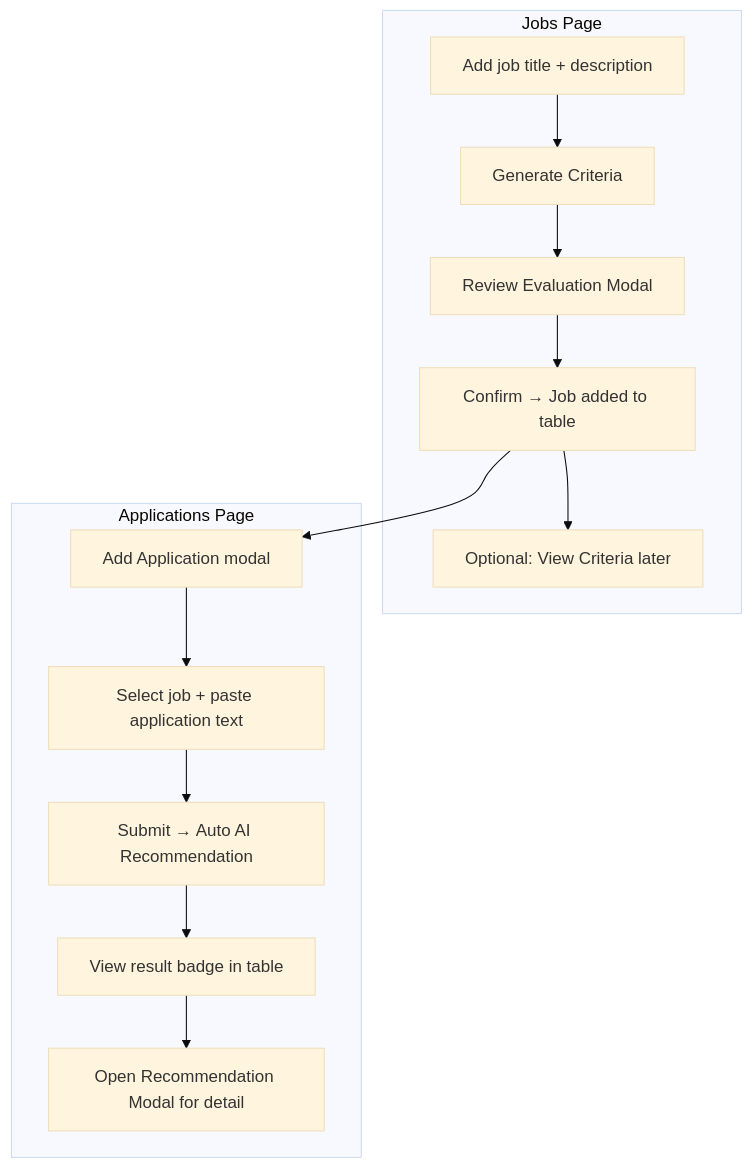
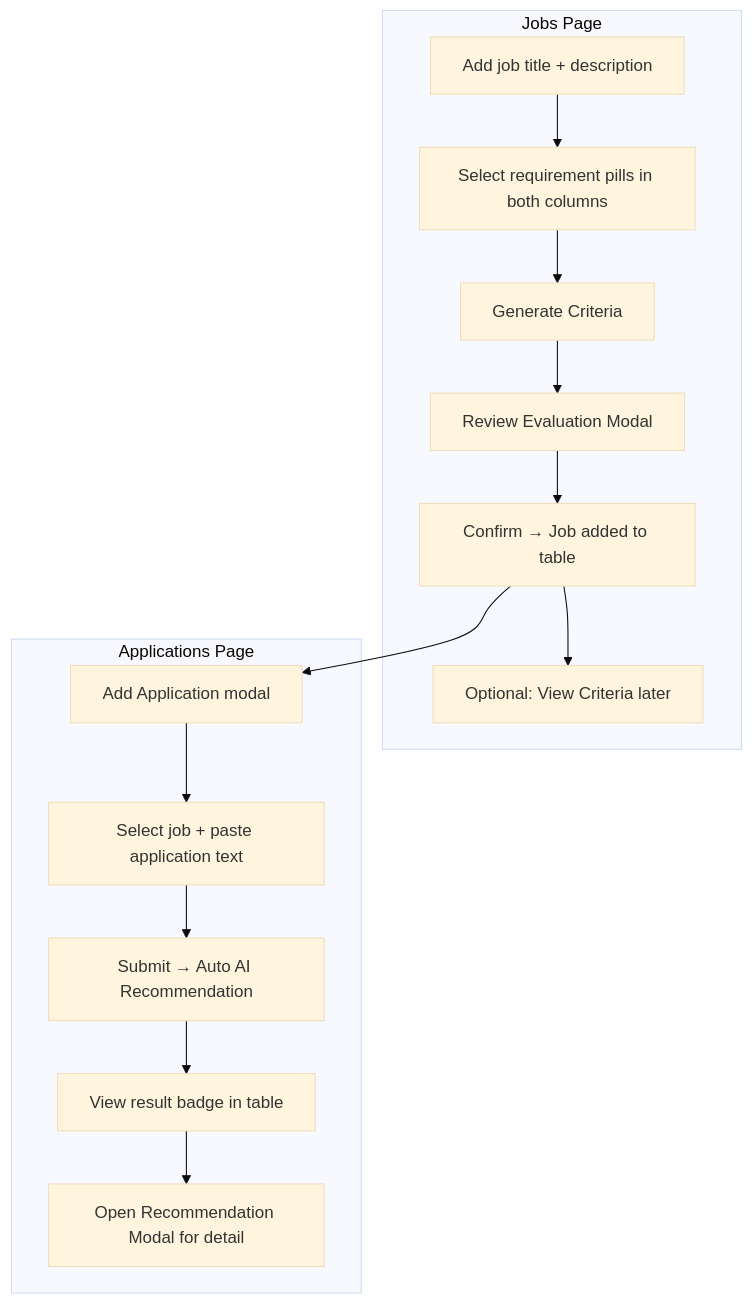
The second of 9 diagrams in UX_FLOW.md (SarthakN/Screening-POC), drawn with Mermaid (base theme) before and after one commit. The commit also changed other lines of this file and 1 other file, not shown here.

First line of the commit message:
Review and update customer guide and UX flow to match app

````diff
--- a/UX_FLOW.md
+++ b/UX_FLOW.md
@@ -98,18 +100,19 @@
 ```mermaid
 flowchart TD
     subgraph Jobs["Jobs Page"]
-        J1[Add job title + description] --> J2[Generate Criteria]
+        J1[Add job title + description] --> J1b[Select requirement pills in both columns]
+        J1b --> J2[Generate Criteria]
         J2 --> J3[Review Evaluation Modal]
         J3 --> J4[Confirm → Job added to table]
         J4 --> J5[Optional: View Criteria later]
     end
 
     subgraph Apps["Applications Page"]
         A1[Add Application modal] --> A2[Select job + paste application text]
         A2 --> A3[Submit → Auto AI Recommendation]
         A3 --> A4[View result badge in table]
         A4 --> A5[Open Recommendation Modal for detail]
     end
 
     J4 --> A1
 ```
````
